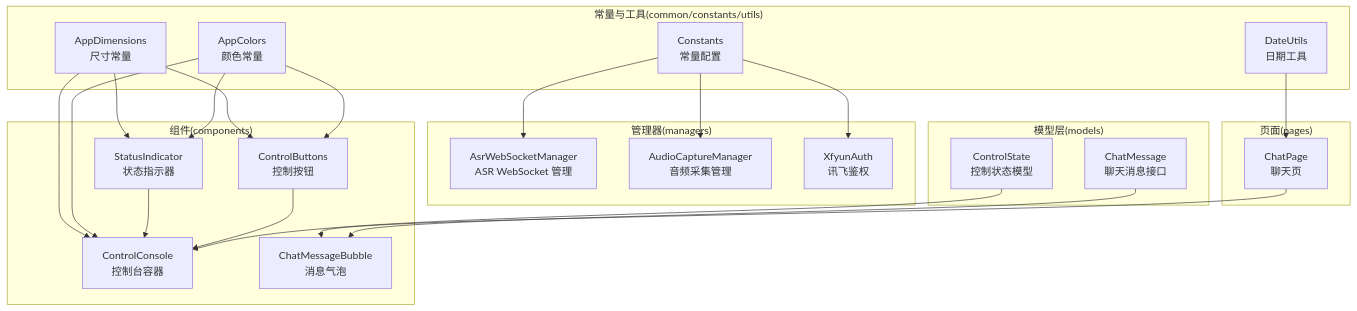
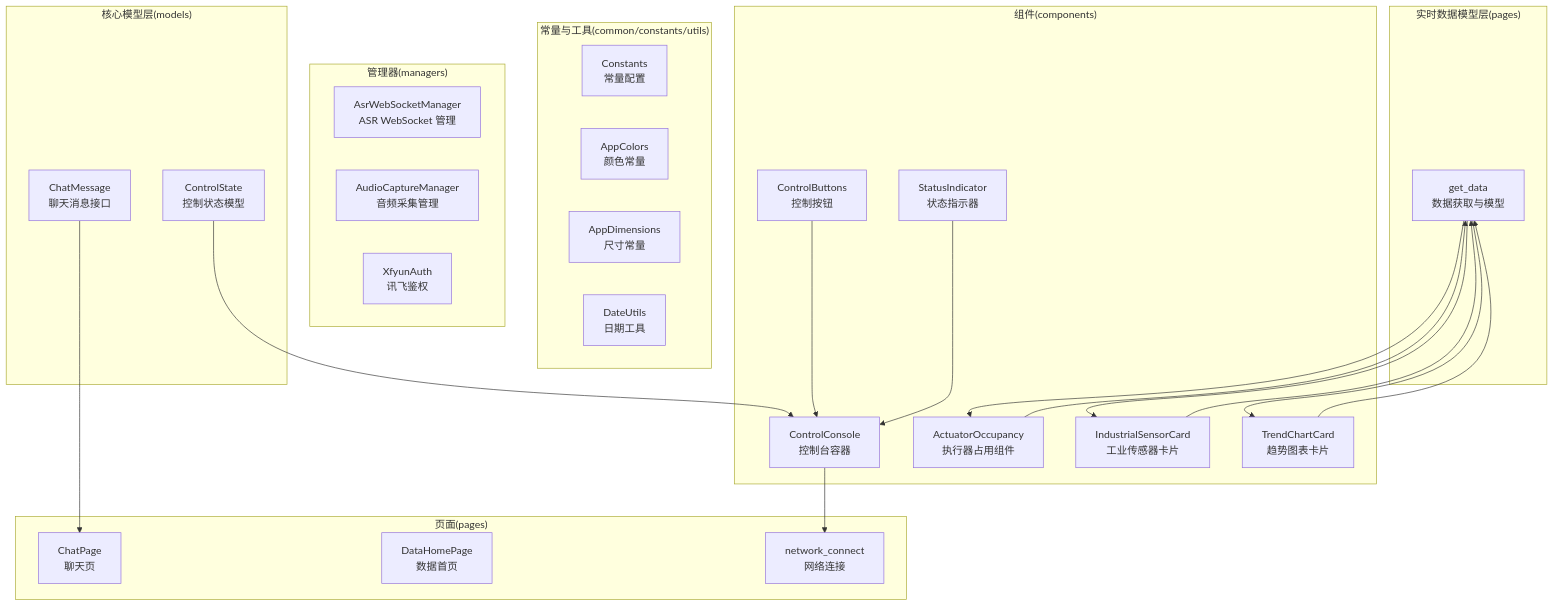
The first of 13 diagrams in .qoder/repowiki/zh/content/数据模型设计.md (Neonrey-hub/SmartController), drawn with Mermaid before and after one commit. The commit also changed other lines of this file and 16 other files, not shown here.

````diff
--- a/.qoder/repowiki/zh/content/数据模型设计.md
+++ b/.qoder/repowiki/zh/content/数据模型设计.md
@@ -46,42 +62,45 @@
 ```mermaid
 graph TB
-subgraph "模型层(models)"
+subgraph "核心模型层(models)"
 CS["ControlState<br/>控制状态模型"]
 CM["ChatMessage<br/>聊天消息接口"]
+end
+subgraph "实时数据模型层(pages)"
+GD["get_data<br/>数据获取与模型"]
 end
 subgraph "常量与工具(common/constants/utils)"
 CT["Constants<br/>常量配置"]
 AC["AppColors<br/>颜色常量"]
 AD["AppDimensions<br/>尺寸常量"]
 DU["DateUtils<br/>日期工具"]
 end
 subgraph "管理器(managers)"
 ASRW["AsrWebSocketManager<br/>ASR WebSocket 管理"]
 ACM["AudioCaptureManager<br/>音频采集管理"]
 XA["XfyunAuth<br/>讯飞鉴权"]
 end
 subgraph "组件(components)"
 CC["ControlConsole<br/>控制台容器"]
 CB["ControlButtons<br/>控制按钮"]
 SI["StatusIndicator<br/>状态指示器"]
-CMB["ChatMessageBubble<br/>消息气泡"]
+AO["ActuatorOccupancy<br/>执行器占用组件"]
+ISC["IndustrialSensorCard<br/>工业传感器卡片"]
+TC["TrendChartCard<br/>趋势图表卡片"]
 end
 subgraph "页面(pages)"
 CP["ChatPage<br/>聊天页"]
+DH["DataHomePage<br/>数据首页"]
+NC["network_connect<br/>网络连接"]
 end
 CS --> CC
 CB --> CC
 SI --> CC
-CM --> CMB
-CP --> CMB
-CT --> ASRW
-CT --> ACM
-CT --> XA
-AC --> CC
-AD --> CC
-AC --> CB
-AD --> CB
-AC --> SI
-AD --> SI
-DU --> CP
+CM --> CP
+GD --> AO
+GD --> ISC
+GD --> TC
+CC --> NC
+AO --> GD
+ISC --> GD
+TC --> GD
 ```
````
